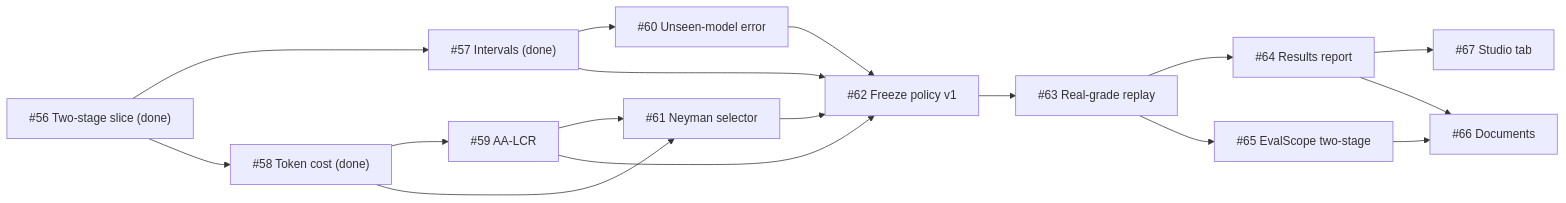
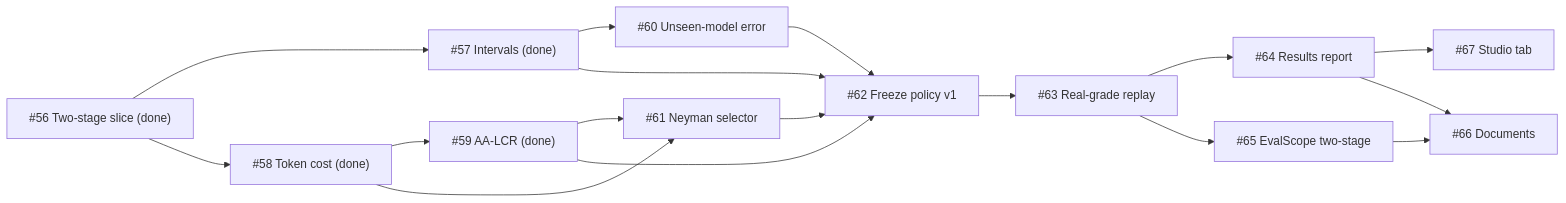
Before and after one commit to sdv1708/ai-model-benchmark: the third of 3 diagrams in README.md, drawn with Mermaid. The commit also changed other lines of this file and 22 other files, not shown here.

````diff
--- a/README.md
+++ b/README.md
@@ -580,19 +588,19 @@
 ```mermaid
 flowchart LR
     I56["#56 Two-stage slice (done)"] --> I57["#57 Intervals (done)"]
     I56 --> I58["#58 Token cost (done)"]
-    I58 --> I59["#59 AA-LCR"]
+    I58 --> I59["#59 AA-LCR (done)"]
     I57 --> I60["#60 Unseen-model error"]
     I58 --> I61["#61 Neyman selector"]
     I59 --> I61
     I57 --> I62["#62 Freeze policy v1"]
     I59 --> I62
     I60 --> I62
     I61 --> I62
     I62 --> I63["#63 Real-grade replay"]
     I63 --> I64["#64 Results report"]
     I63 --> I65["#65 EvalScope two-stage"]
     I64 --> I67["#67 Studio tab"]
     I64 --> I66["#66 Documents"]
     I65 --> I66
 ```
````
